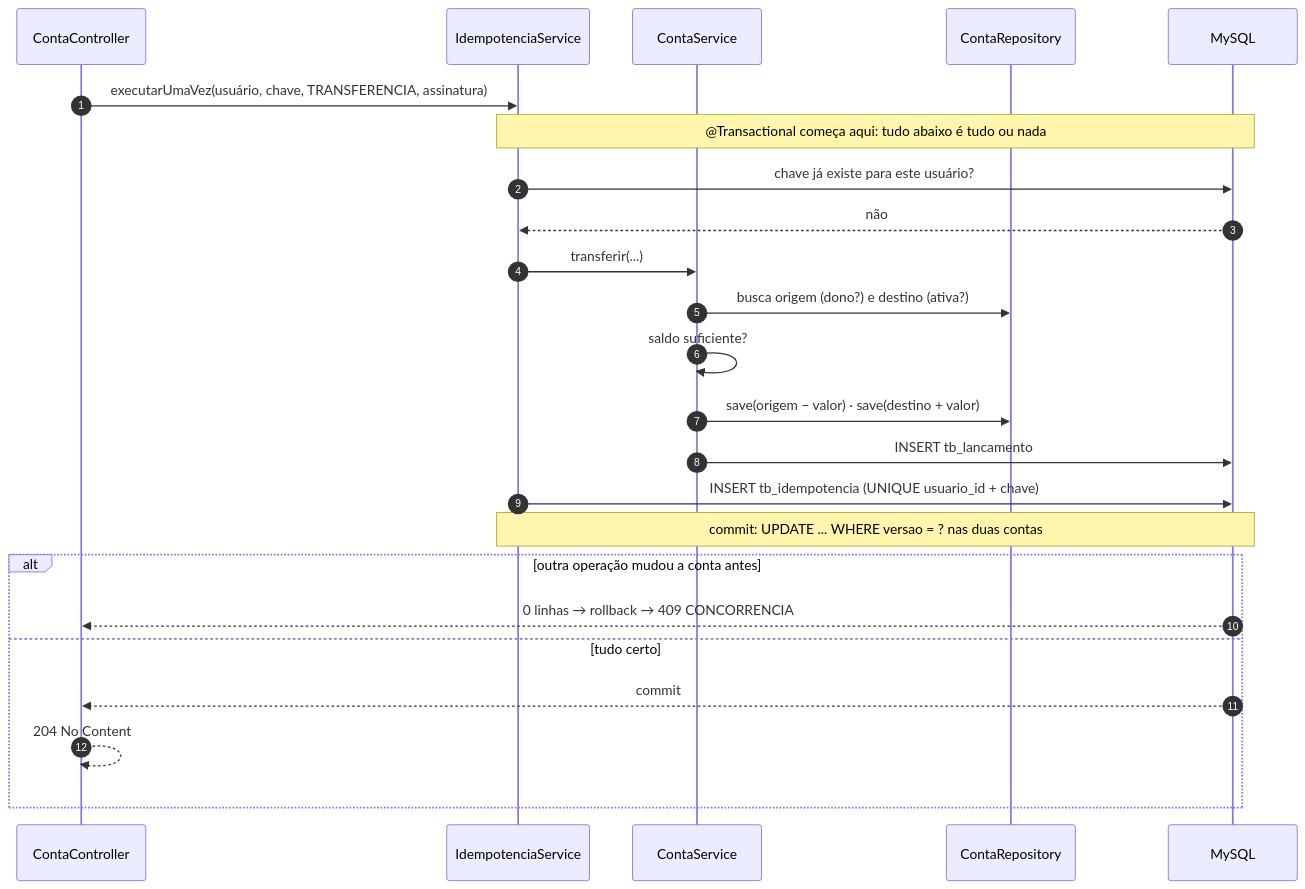
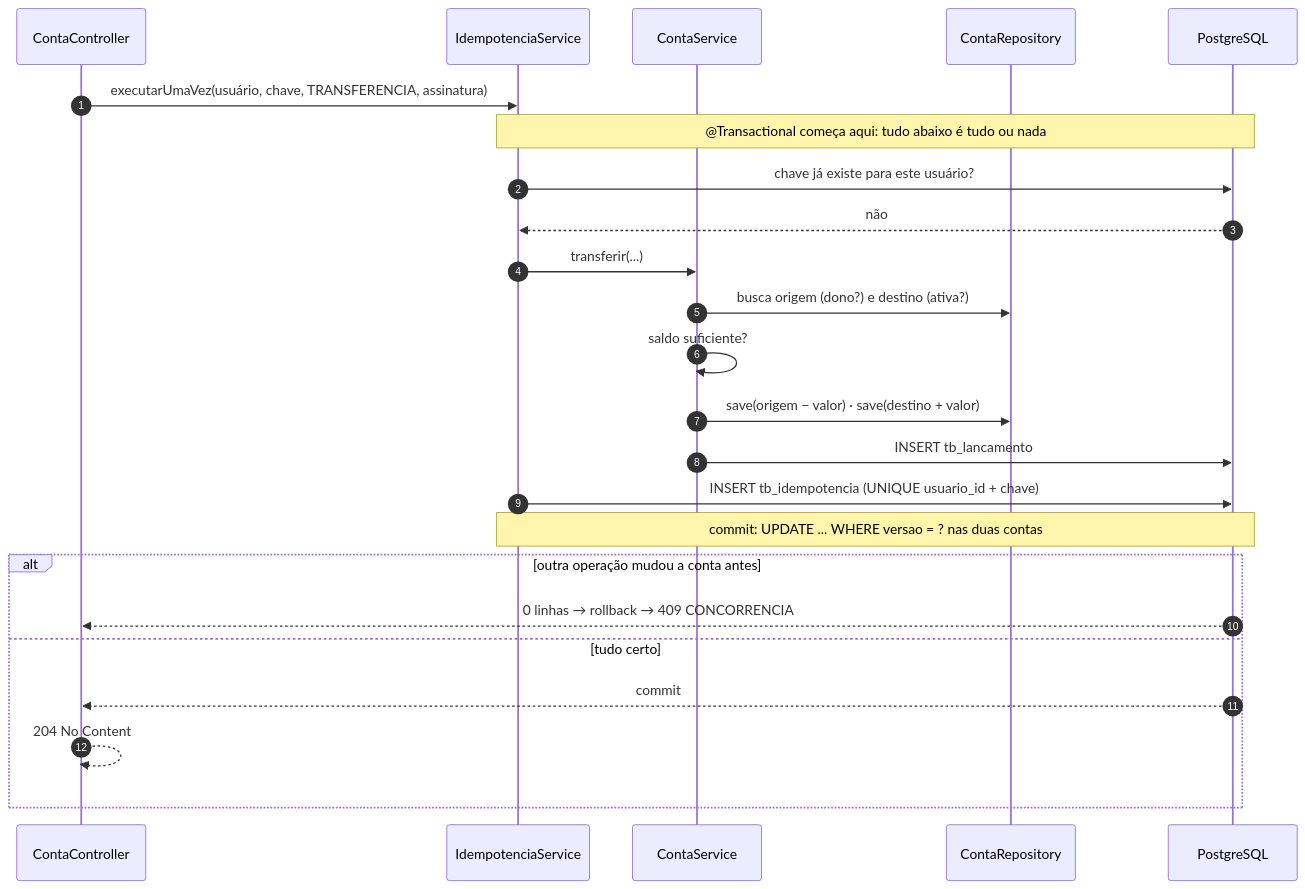
The fourth of 11 diagrams in FLUXOS.md (k3vinrich4rd/rkf_bank), drawn with Mermaid before and after one commit. The commit also changed other lines of this file and 21 other files, not shown here.

First line of the commit message:
docs(banco): decisao, guia de corte e prompt do Renan para o PostgreSQL

````diff
--- a/FLUXOS.md
+++ b/FLUXOS.md
@@ -227,27 +227,27 @@
 ```mermaid
 sequenceDiagram
     autonumber
     participant C as ContaController
     participant I as IdempotenciaService
     participant S as ContaService
     participant R as ContaRepository
-    participant DB as MySQL
+    participant DB as PostgreSQL
 
     C->>I: executarUmaVez(usuário, chave, TRANSFERENCIA, assinatura)
     Note over I,DB: @Transactional começa aqui: tudo abaixo é tudo ou nada
     I->>DB: chave já existe para este usuário?
     DB-->>I: não
     I->>S: transferir(...)
     S->>R: busca origem (dono?) e destino (ativa?)
     S->>S: saldo suficiente?
     S->>R: save(origem − valor) · save(destino + valor)
     S->>DB: INSERT tb_lancamento
     I->>DB: INSERT tb_idempotencia (UNIQUE usuario_id + chave)
     Note over I,DB: commit: UPDATE ... WHERE versao = ? nas duas contas
     alt outra operação mudou a conta antes
         DB-->>C: 0 linhas → rollback → 409 CONCORRENCIA
     else tudo certo
         DB-->>C: commit
         C-->>C: 204 No Content
     end
 ```
````
